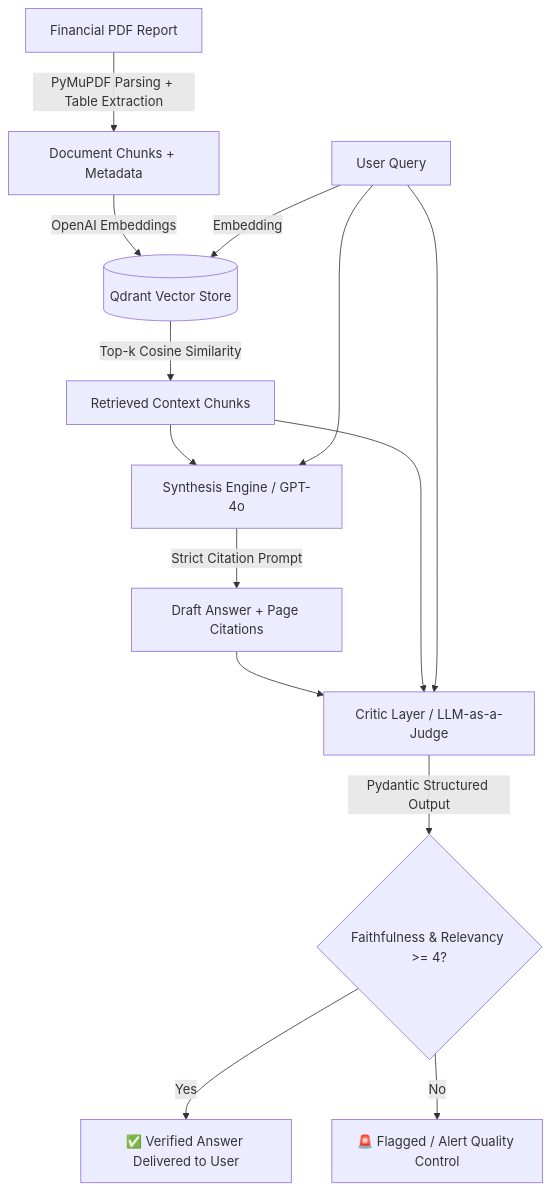
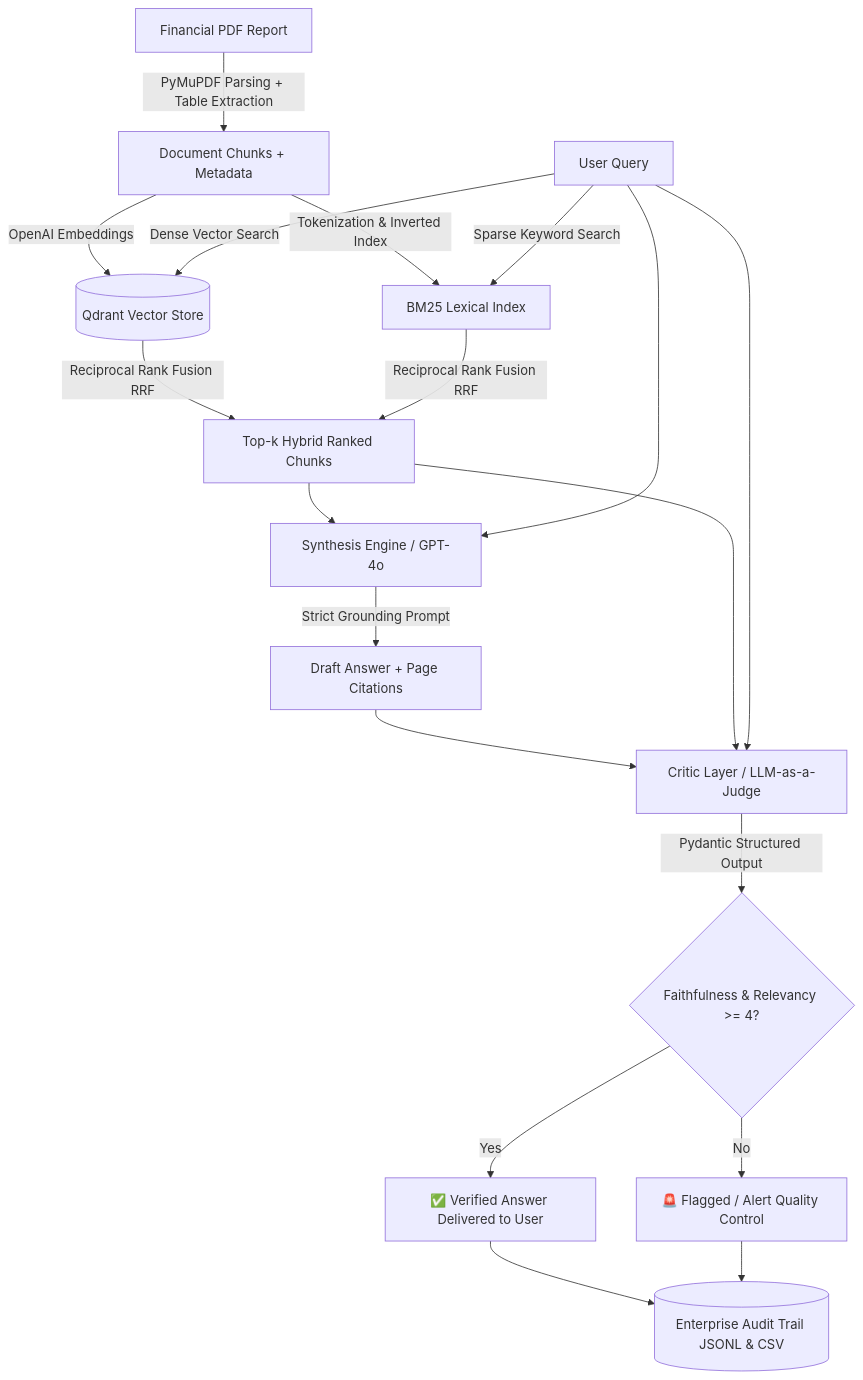
One commit to Melltros/multimodal-enterprise-rag changed the diagram in README.md. Above: the diagram before and after it, drawn with Mermaid. The commit also changed other lines of this file and 11 other files, not shown here.

Commit message:
feat(retrieval): implement hybrid search with BM25, RRF fusion, and enterprise audit logging

````diff
--- a/README.md
+++ b/README.md
@@ -15,17 +15,22 @@
 ```mermaid
 flowchart TD
     A[Financial PDF Report] -->|PyMuPDF Parsing + Table Extraction| B[Document Chunks + Metadata]
     B -->|OpenAI Embeddings| C[(Qdrant Vector Store)]
+    B -->|Tokenization & Inverted Index| D[BM25 Lexical Index]
     
-    D[User Query] -->|Embedding| C
-    C -->|Top-k Cosine Similarity| E[Retrieved Context Chunks]
+    E[User Query] -->|Dense Vector Search| C
+    E -->|Sparse Keyword Search| D
     
-    E & D --> F[Synthesis Engine / GPT-4o]
-    F -->|Strict Citation Prompt| G[Draft Answer + Page Citations]
+    C & D -->|Reciprocal Rank Fusion RRF| F[Top-k Hybrid Ranked Chunks]
     
-    G & E & D --> H[Critic Layer / LLM-as-a-Judge]
-    H -->|Pydantic Structured Output| I{Faithfulness & Relevancy >= 4?}
+    F & E --> G[Synthesis Engine / GPT-4o]
+    G -->|Strict Grounding Prompt| H[Draft Answer + Page Citations]
     
-    I -->|Yes| J[✅ Verified Answer Delivered to User]
-    I -->|No| K[🚨 Flagged / Alert Quality Control]
+    H & F & E --> I[Critic Layer / LLM-as-a-Judge]
+    I -->|Pydantic Structured Output| J{Faithfulness & Relevancy >= 4?}
+    
+    J -->|Yes| K[✅ Verified Answer Delivered to User]
+    J -->|No| L[🚨 Flagged / Alert Quality Control]
+    
+    K & L --> M[(Enterprise Audit Trail JSONL & CSV)]
 ```
````
